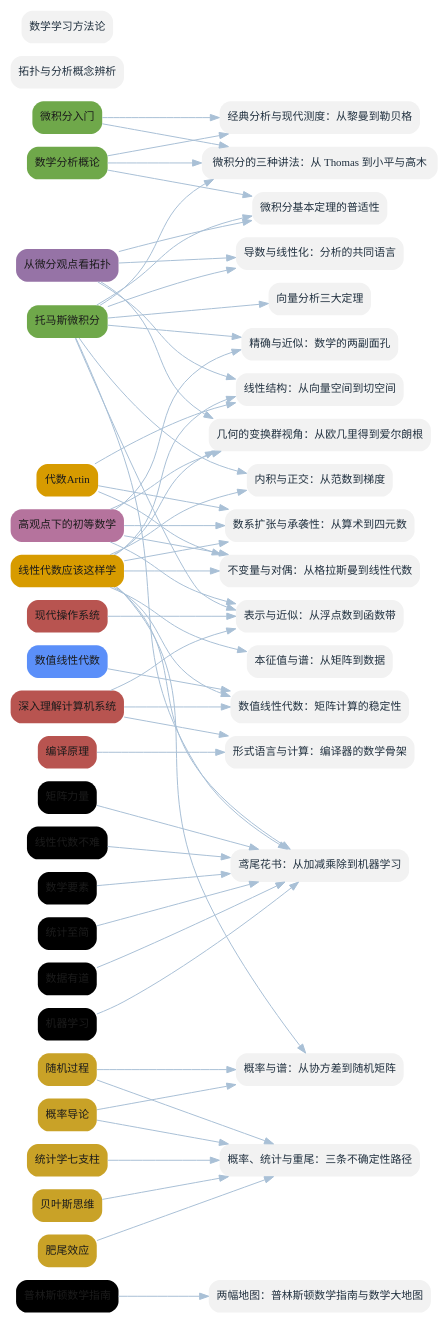
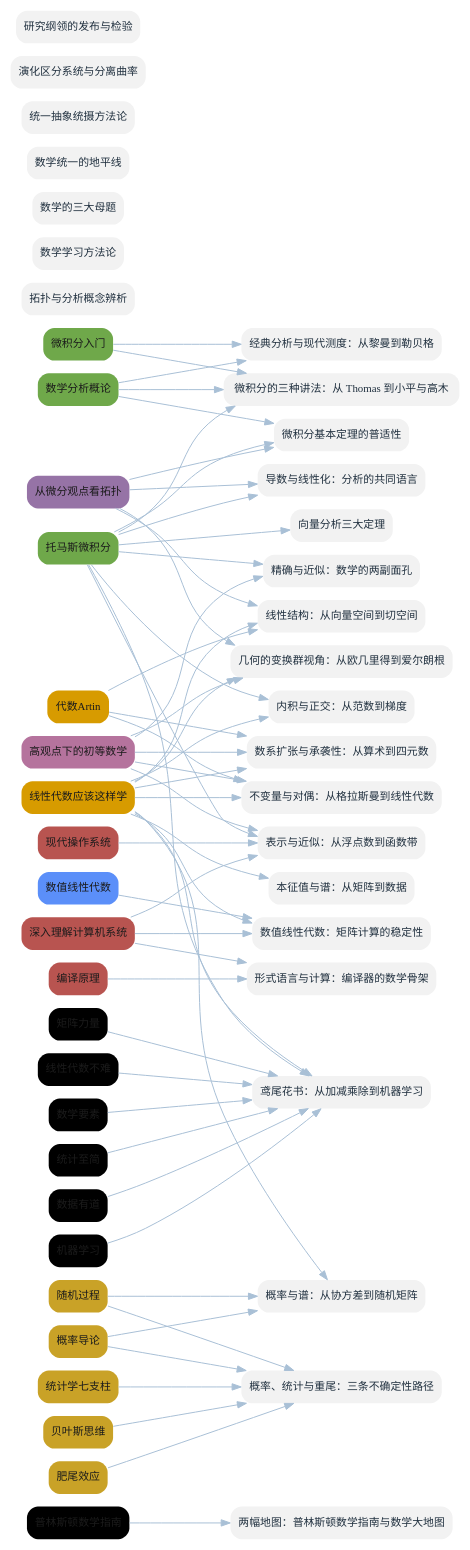
One commit to lyp0746/lyp-notes changed the diagram in book/figures/fig-bridges.dot. Above: the diagram before and after it, drawn with Graphviz. The commit also changed 25 other files, not shown here.

Commit message:
整理方法论 raw：提炼统一框架五主题页，重构数学大地图为母题×框架阶梯，去掉导读与概念罗列

```diff
--- a/book/figures/fig-bridges.dot
+++ b/book/figures/fig-bridges.dot
@@ -1,103 +1,108 @@
 digraph G {
   graph [bgcolor="white", rankdir=LR, nodesep=0.2, ranksep=1.2];
   node [shape=box, style="rounded,filled", penwidth=0, fontname="Microsoft YaHei", fontsize=12];
   edge [color="#A9C0D6", penwidth=1.1];
   B_PCM [label="普林斯顿数学指南", fillcolor="#DDD", fontcolor="#1B1B1B"];
   B_AT [label="代数Artin", fillcolor="#D79B00", fontcolor="#1B1B1B"];
   B_LA [label="线性代数应该这样学", fillcolor="#D79B00", fontcolor="#1B1B1B"];
   B_CA [label="托马斯微积分", fillcolor="#6FA84A", fontcolor="#1B1B1B"];
   B_CM [label="微积分入门", fillcolor="#6FA84A", fontcolor="#1B1B1B"];
   B_MA [label="数学分析概论", fillcolor="#6FA84A", fontcolor="#1B1B1B"];
   B_DT [label="从微分观点看拓扑", fillcolor="#9673A6", fontcolor="#1B1B1B"];
   B_KG [label="高观点下的初等数学", fillcolor="#B5739D", fontcolor="#1B1B1B"];
   B_PD [label="概率导论", fillcolor="#C9A227", fontcolor="#1B1B1B"];
   B_SP [label="随机过程", fillcolor="#C9A227", fontcolor="#1B1B1B"];
   B_SS [label="统计学七支柱", fillcolor="#C9A227", fontcolor="#1B1B1B"];
   B_BT [label="贝叶斯思维", fillcolor="#C9A227", fontcolor="#1B1B1B"];
   B_FT [label="肥尾效应", fillcolor="#C9A227", fontcolor="#1B1B1B"];
   B_CSAPP [label="深入理解计算机系统", fillcolor="#B85450", fontcolor="#1B1B1B"];
   B_MOS [label="现代操作系统", fillcolor="#B85450", fontcolor="#1B1B1B"];
   B_CP [label="编译原理", fillcolor="#B85450", fontcolor="#1B1B1B"];
   B_NLA [label="数值线性代数", fillcolor="#5B8FF9", fontcolor="#1B1B1B"];
   B_MX [label="矩阵力量", fillcolor="#DDD", fontcolor="#1B1B1B"];
   B_LNA [label="线性代数不难", fillcolor="#DDD", fontcolor="#1B1B1B"];
   B_SJ [label="数学要素", fillcolor="#DDD", fontcolor="#1B1B1B"];
   B_TZ [label="统计至简", fillcolor="#DDD", fontcolor="#1B1B1B"];
   B_DY [label="数据有道", fillcolor="#DDD", fontcolor="#1B1B1B"];
   B_MLI [label="机器学习", fillcolor="#DDD", fontcolor="#1B1B1B"];
   T_0 [label="导数与线性化：分析的共同语言", fillcolor="#F2F2F2", fontcolor="#20303F"];
   T_1 [label="线性结构：从向量空间到切空间", fillcolor="#F2F2F2", fontcolor="#20303F"];
   T_2 [label="内积与正交：从范数到梯度", fillcolor="#F2F2F2", fontcolor="#20303F"];
   T_3 [label="本征值与谱：从矩阵到数据", fillcolor="#F2F2F2", fontcolor="#20303F"];
   T_4 [label="微积分基本定理的普适性", fillcolor="#F2F2F2", fontcolor="#20303F"];
   T_5 [label="向量分析三大定理", fillcolor="#F2F2F2", fontcolor="#20303F"];
   T_6 [label="拓扑与分析概念辨析", fillcolor="#F2F2F2", fontcolor="#20303F"];
   T_7 [label="数学学习方法论", fillcolor="#F2F2F2", fontcolor="#20303F"];
   T_8 [label="不变量与对偶：从格拉斯曼到线性代数", fillcolor="#F2F2F2", fontcolor="#20303F"];
   T_9 [label="数系扩张与承袭性：从算术到四元数", fillcolor="#F2F2F2", fontcolor="#20303F"];
   T_10 [label="精确与近似：数学的两副面孔", fillcolor="#F2F2F2", fontcolor="#20303F"];
   T_11 [label="几何的变换群视角：从欧几里得到爱尔朗根", fillcolor="#F2F2F2", fontcolor="#20303F"];
   T_12 [label="概率与谱：从协方差到随机矩阵", fillcolor="#F2F2F2", fontcolor="#20303F"];
   T_13 [label="表示与近似：从浮点数到函数带", fillcolor="#F2F2F2", fontcolor="#20303F"];
   T_14 [label="概率、统计与重尾：三条不确定性路径", fillcolor="#F2F2F2", fontcolor="#20303F"];
   T_15 [label="形式语言与计算：编译器的数学骨架", fillcolor="#F2F2F2", fontcolor="#20303F"];
   T_16 [label="数值线性代数：矩阵计算的稳定性", fillcolor="#F2F2F2", fontcolor="#20303F"];
   T_17 [label="微积分的三种讲法：从 Thomas 到小平与高木", fillcolor="#F2F2F2", fontcolor="#20303F"];
   T_18 [label="两幅地图：普林斯顿数学指南与数学大地图", fillcolor="#F2F2F2", fontcolor="#20303F"];
   T_19 [label="鸢尾花书：从加减乘除到机器学习", fillcolor="#F2F2F2", fontcolor="#20303F"];
   T_20 [label="经典分析与现代测度：从黎曼到勒贝格", fillcolor="#F2F2F2", fontcolor="#20303F"];
+  T_21 [label="数学的三大母题", fillcolor="#F2F2F2", fontcolor="#20303F"];
+  T_22 [label="数学统一的地平线", fillcolor="#F2F2F2", fontcolor="#20303F"];
+  T_23 [label="统一抽象统摄方法论", fillcolor="#F2F2F2", fontcolor="#20303F"];
+  T_24 [label="演化区分系统与分离曲率", fillcolor="#F2F2F2", fontcolor="#20303F"];
+  T_25 [label="研究纲领的发布与检验", fillcolor="#F2F2F2", fontcolor="#20303F"];
   B_CA -> T_0;
   B_DT -> T_0;
   B_LA -> T_1;
   B_DT -> T_1;
   B_AT -> T_1;
   B_LA -> T_2;
   B_CA -> T_2;
   B_LA -> T_3;
   B_CA -> T_4;
   B_DT -> T_4;
   B_CA -> T_5;
   B_KG -> T_8;
   B_LA -> T_8;
   B_AT -> T_8;
   B_KG -> T_9;
   B_LA -> T_9;
   B_AT -> T_9;
   B_KG -> T_10;
   B_CA -> T_10;
   B_KG -> T_11;
   B_DT -> T_11;
   B_LA -> T_11;
   B_PD -> T_12;
   B_SP -> T_12;
   B_LA -> T_12;
   B_CSAPP -> T_13;
   B_MOS -> T_13;
   B_KG -> T_13;
   B_CA -> T_13;
   B_PD -> T_14;
   B_SP -> T_14;
   B_SS -> T_14;
   B_BT -> T_14;
   B_FT -> T_14;
   B_CP -> T_15;
   B_CSAPP -> T_15;
   B_NLA -> T_16;
   B_LA -> T_16;
   B_CSAPP -> T_16;
   B_CA -> T_17;
   B_CM -> T_17;
   B_MA -> T_17;
   B_MA -> T_20;
   B_CM -> T_20;
   B_MA -> T_4;
   B_PCM -> T_18;
   B_MX -> T_19;
   B_LNA -> T_19;
   B_SJ -> T_19;
   B_TZ -> T_19;
   B_DY -> T_19;
   B_MLI -> T_19;
   B_LA -> T_19;
   B_CA -> T_19;
 }
```
